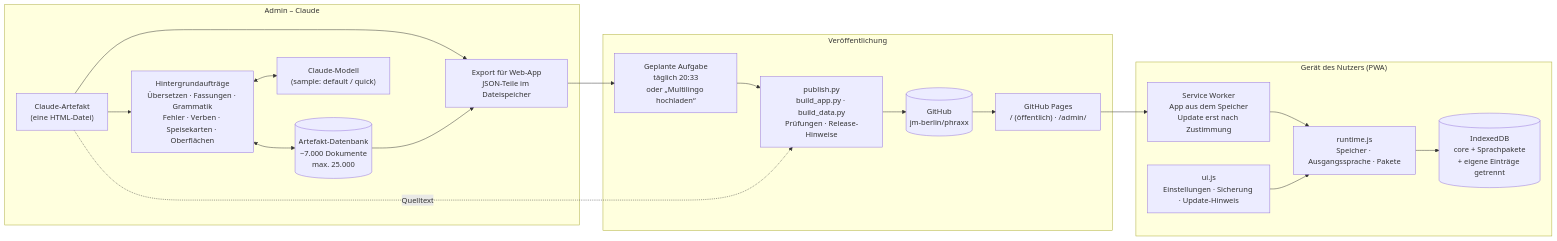
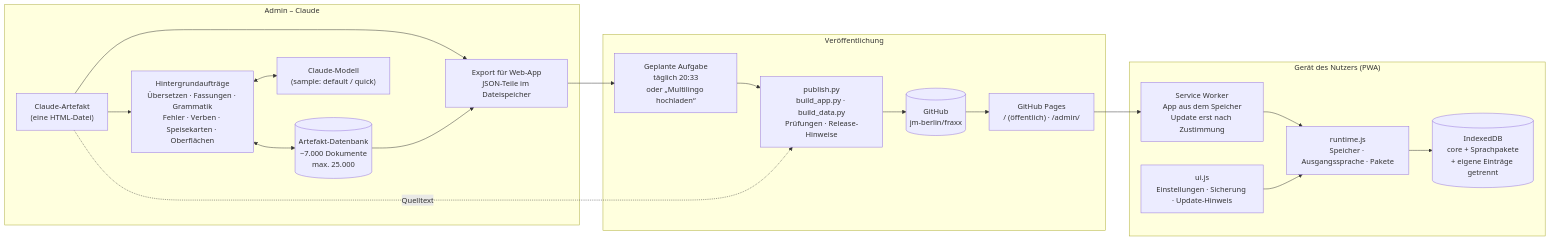
Before and after one commit to jm-berlin/fraxx: the first of 2 diagrams in docs/ARCHITEKTUR-PLAN.md, drawn with Mermaid. The commit also changed 49 other files, not shown here.

````diff
--- a/docs/ARCHITEKTUR-PLAN.md
+++ b/docs/ARCHITEKTUR-PLAN.md
@@ -21,33 +21,33 @@
 ```mermaid
 flowchart LR
   subgraph ADMIN["Admin – Claude"]
     A1["Claude-Artefakt<br/>(eine HTML-Datei)"]
     A2["Hintergrundaufträge<br/>Übersetzen · Fassungen · Grammatik<br/>Fehler · Verben · Speisekarten · Oberflächen"]
     A3[("Artefakt-Datenbank<br/>~7.000 Dokumente<br/>max. 25.000")]
     A4["Claude-Modell<br/>(sample: default / quick)"]
     A5["Export für Web-App<br/>JSON-Teile im Dateispeicher"]
     A1 --> A2
     A2 <--> A4
     A2 <--> A3
     A1 --> A5
     A3 --> A5
   end
   subgraph PUB["Veröffentlichung"]
     P1["Geplante Aufgabe<br/>täglich 20:33<br/>oder „Multilingo hochladen“"]
     P2["publish.py<br/>build_app.py · build_data.py<br/>Prüfungen · Release-Hinweise"]
-    P3[("GitHub<br/>jm-berlin/phraxx")]
+    P3[("GitHub<br/>jm-berlin/fraxx")]
     P4["GitHub Pages<br/>/ (öffentlich) · /admin/"]
     P1 --> P2 --> P3 --> P4
   end
   subgraph DEV["Gerät des Nutzers (PWA)"]
     D1["Service Worker<br/>App aus dem Speicher<br/>Update erst nach Zustimmung"]
     D2["runtime.js<br/>Speicher · Ausgangssprache · Pakete"]
     D3["ui.js<br/>Einstellungen · Sicherung · Update-Hinweis"]
     D4[("IndexedDB<br/>core + Sprachpakete<br/>+ eigene Einträge getrennt")]
     D1 --> D2 --> D4
     D3 --> D2
   end
   A5 --> P1
   A1 -. Quelltext .-> P2
   P4 --> D1
 ```
````
